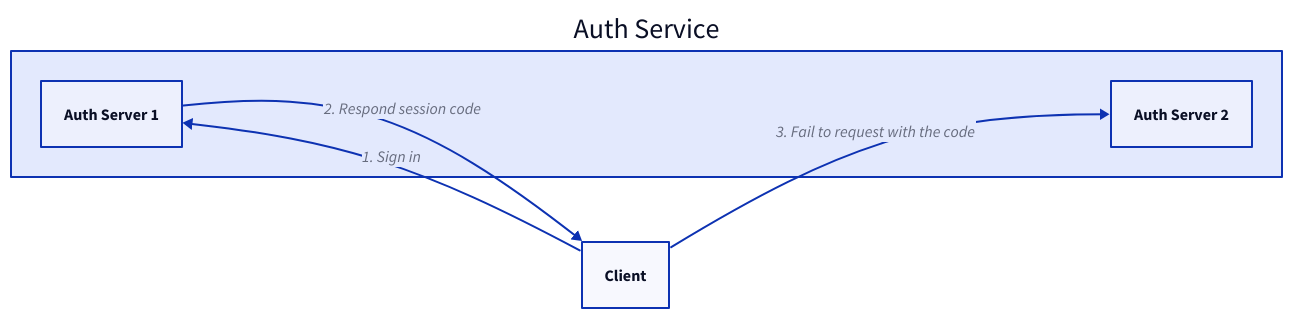
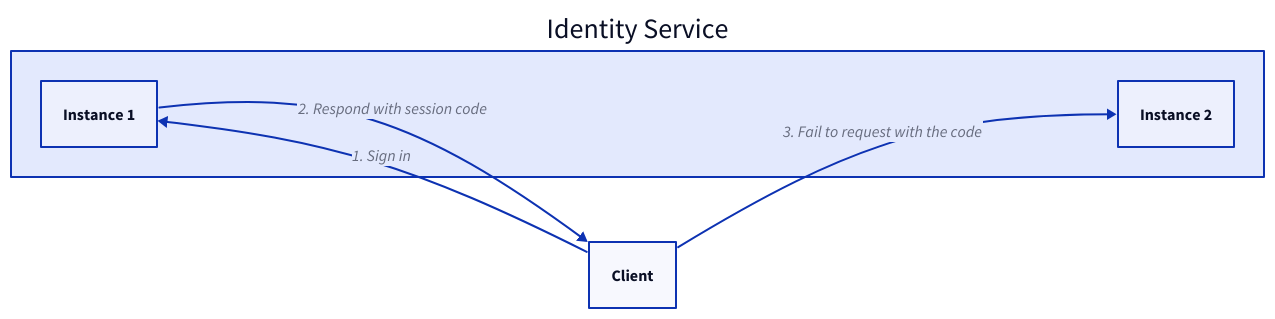
One commit to link1905/system-design-101 changed the second of 25 diagrams in content/docs/system-administration/system-protection/iam.md. Above: the diagram before and after it, drawn with D2. The commit also changed other lines of this file and 9 other files, not shown here.

````diff
--- a/content/docs/system-administration/system-protection/iam.md
+++ b/content/docs/system-administration/system-protection/iam.md
@@ -37,19 +40,21 @@
 ```d2
 direction: right
-s: Auth Service {
-  s1: Auth Server 1 {
+
+s: Identity Service {
+  s1: Instance 1 {
     class: server
   }
-  s2: Auth Server 2 {
+  s2: Instance 2 {
     class: server
   }
 }
 c: Client {
-    class: client
+  class: client
 }
+
 c -> s.s1: 1. Sign in
-c <- s.s1: 2. Respond session code
+s.s1 -> c: 2. Respond with session code
 c -> s.s2: 3. Fail to request with the code {
   class: error-conn
 }
 ```
````
